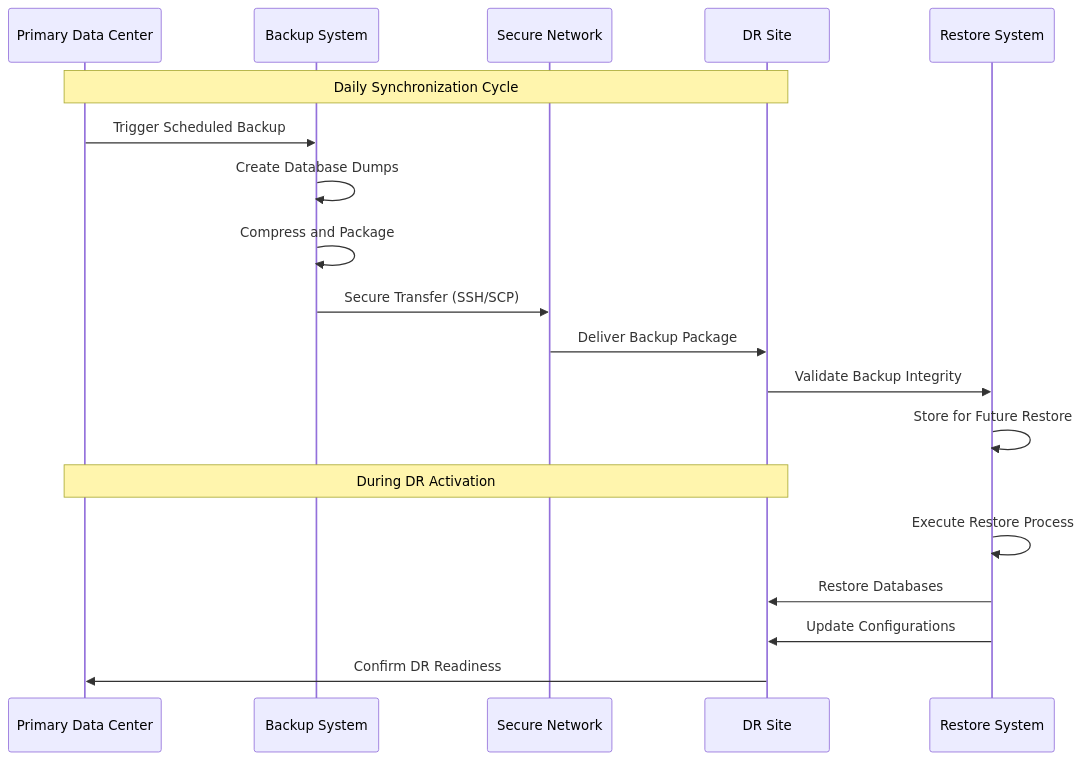
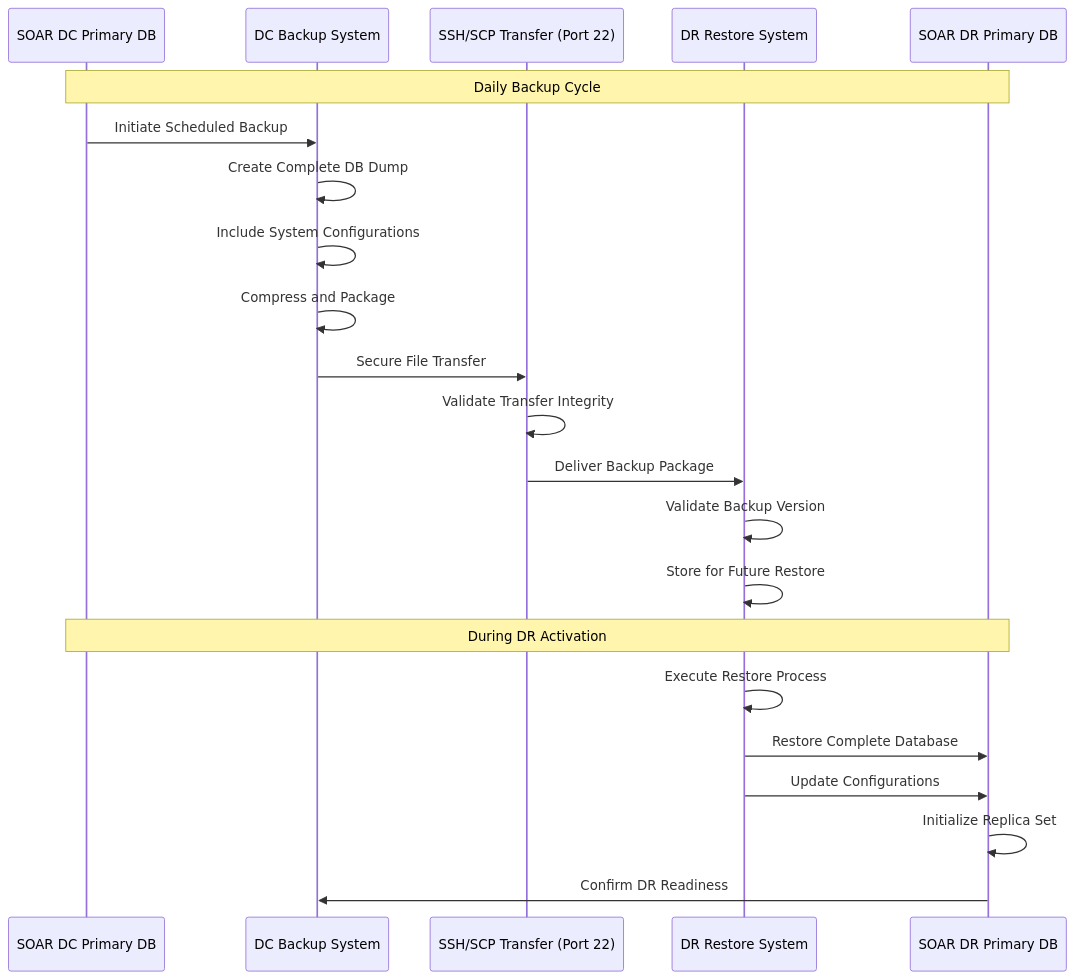
Before and after one commit to Vishwa0220/customers-docs: the eighth of 8 diagrams in HA_DR_Architecture_Documentation.md, drawn with Mermaid. The commit also changed other lines of this file, not shown here.

````diff
--- a/HA_DR_Architecture_Documentation.md
+++ b/HA_DR_Architecture_Documentation.md
@@ -561,25 +489,30 @@
 ```mermaid
 sequenceDiagram
-    participant DC as Primary Data Center
-    participant BACKUP as Backup System
-    participant NETWORK as Secure Network
-    participant DR as DR Site
-    participant RESTORE as Restore System
+    participant DC_PRIMARY as SOAR DC Primary DB
+    participant DC_BACKUP as DC Backup System
+    participant TRANSFER as SSH/SCP Transfer (Port 22)
+    participant DR_RESTORE as DR Restore System
+    participant DR_PRIMARY as SOAR DR Primary DB
     
-    Note over DC,DR: Daily Synchronization Cycle
+    Note over DC_PRIMARY,DR_PRIMARY: Daily Backup Cycle
     
-    DC->>BACKUP: Trigger Scheduled Backup
-    BACKUP->>BACKUP: Create Database Dumps
-    BACKUP->>BACKUP: Compress and Package
-    BACKUP->>NETWORK: Secure Transfer (SSH/SCP)
-    NETWORK->>DR: Deliver Backup Package
-    DR->>RESTORE: Validate Backup Integrity
-    RESTORE->>RESTORE: Store for Future Restore
+    DC_PRIMARY->>DC_BACKUP: Initiate Scheduled Backup
+    DC_BACKUP->>DC_BACKUP: Create Complete DB Dump
+    DC_BACKUP->>DC_BACKUP: Include System Configurations
+    DC_BACKUP->>DC_BACKUP: Compress and Package
     
-    Note over DC,DR: During DR Activation
+    DC_BACKUP->>TRANSFER: Secure File Transfer
+    TRANSFER->>TRANSFER: Validate Transfer Integrity
+    TRANSFER->>DR_RESTORE: Deliver Backup Package
     
-    RESTORE->>RESTORE: Execute Restore Process
-    RESTORE->>DR: Restore Databases
-    RESTORE->>DR: Update Configurations
-    DR->>DC: Confirm DR Readiness
+    DR_RESTORE->>DR_RESTORE: Validate Backup Version
+    DR_RESTORE->>DR_RESTORE: Store for Future Restore
+    
+    Note over DC_PRIMARY,DR_PRIMARY: During DR Activation
+    
+    DR_RESTORE->>DR_RESTORE: Execute Restore Process
+    DR_RESTORE->>DR_PRIMARY: Restore Complete Database
+    DR_RESTORE->>DR_PRIMARY: Update Configurations
+    DR_PRIMARY->>DR_PRIMARY: Initialize Replica Set
+    DR_PRIMARY->>DC_BACKUP: Confirm DR Readiness
 ```
````
